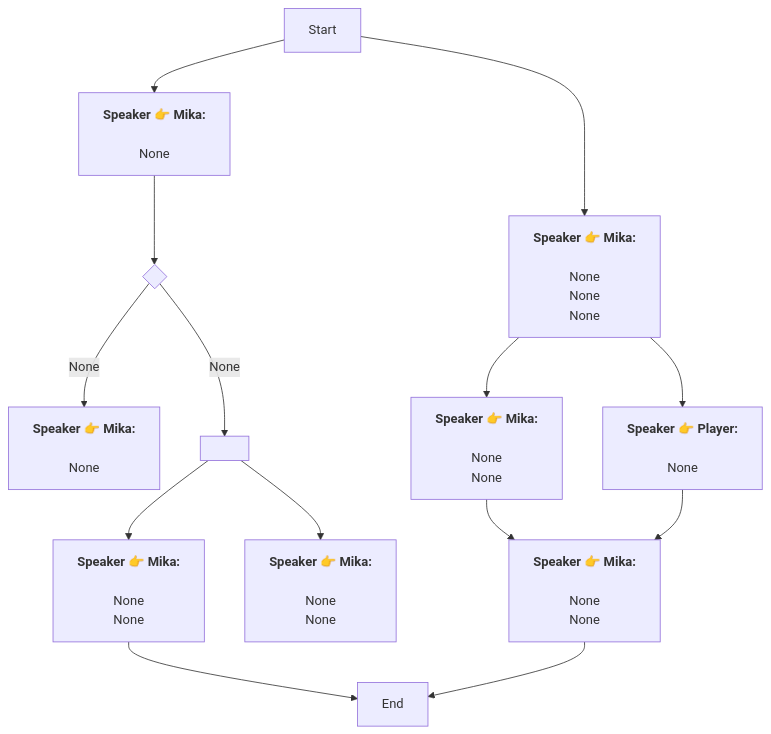
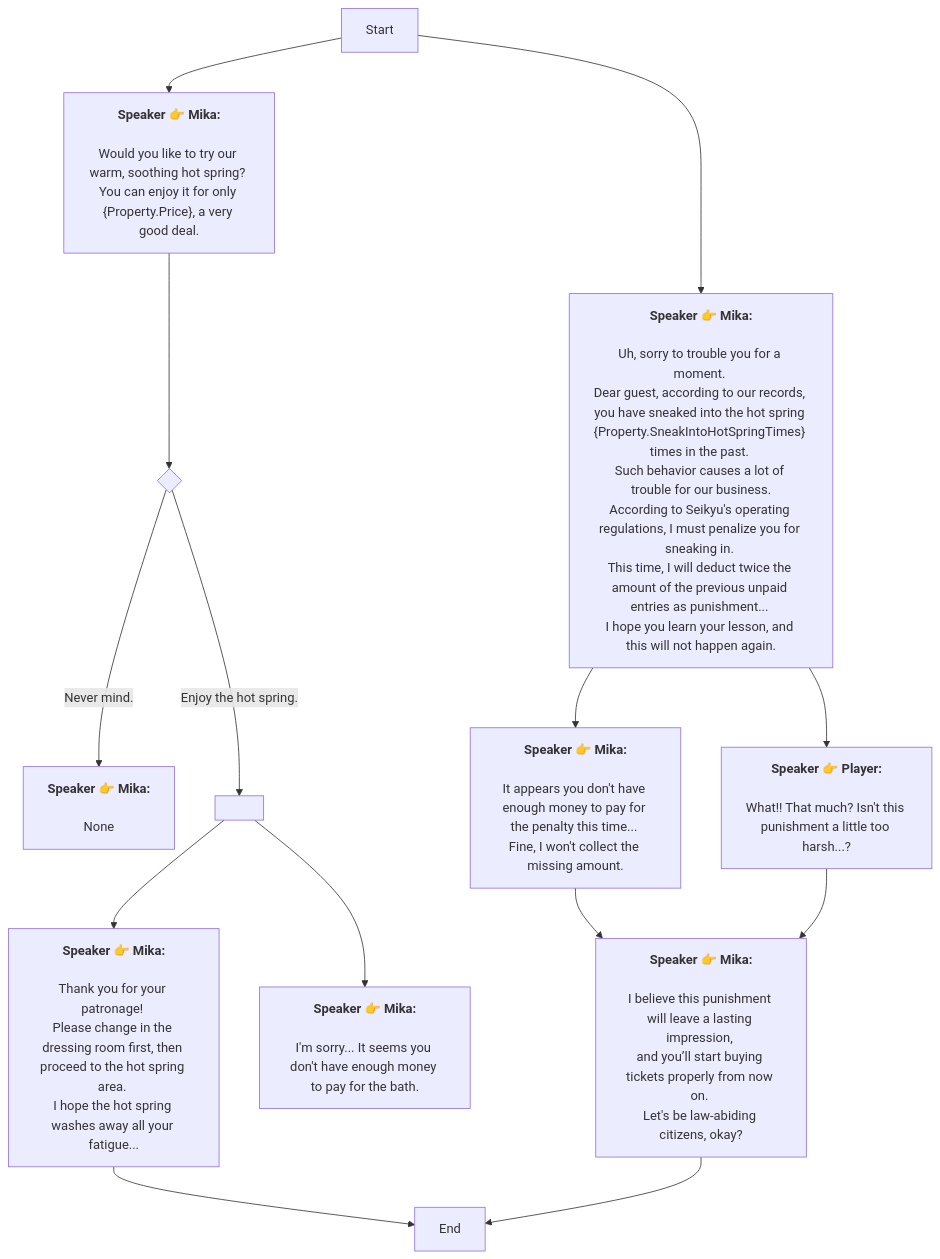
The diagram in En/HotSpringHouse.md (SoftHu/tos_avg), drawn with Mermaid before and after one commit. The commit also changed 228 other files, not shown here.

````diff
--- a/En/HotSpringHouse.md
+++ b/En/HotSpringHouse.md
@@ -1,42 +1,47 @@
 ```mermaid
 graph
 Start -->1766332311608065[<b>Speaker 👉 Mika:</b>
 
-None]
+Would you like to try our warm, soothing hot spring? You can enjoy it for only &lbrace;Property.Price&rbrace;, a very good deal.]
 Start -->1767303935431540[<b>Speaker 👉 Mika:</b>
 
-None
-None
-None]
+Uh, sorry to trouble you for a moment. 
+Dear guest, according to our records, you have sneaked into the hot spring &lbrace;Property.SneakIntoHotSpringTimes&rbrace; times in the past. 
+Such behavior causes a lot of trouble for our business.
+According to Seikyu's operating regulations, I must penalize you for sneaking in. 
+This time, I will deduct twice the amount of the previous unpaid entries as punishment... 
+I hope you learn your lesson, and this will not happen again.]
 1766332311608065 -->1766332424646402{ }
-1766332424646402 -->|None|1766332464329479[<b>Speaker 👉 Mika:</b>
+1766332424646402 -->|Never mind.|1766332464329479[<b>Speaker 👉 Mika:</b>
 
 None]
-1766332424646402 -->|None|1767448601822069[ ]
+1766332424646402 -->|Enjoy the hot spring.|1767448601822069[ ]
 1767448601822069 -->1766336570455822[<b>Speaker 👉 Mika:</b>
 
-None
-None]
+Thank you for your patronage! 
+Please change in the dressing room first, then proceed to the hot spring area. 
+I hope the hot spring washes away all your fatigue...]
 1767448601822069 -->1766336717079312[<b>Speaker 👉 Mika:</b>
 
-None
-None]
+I'm sorry... It seems you don't have enough money to pay for the bath.]
 1766336570455822 -->1766336935867153[End]
 1767303935431540 -->1767306465960822[<b>Speaker 👉 Mika:</b>
 
-None
-None]
+It appears you don't have enough money to pay for the penalty this time... 
+Fine, I won't collect the missing amount.]
 1767303935431540 -->1767306336520052[<b>Speaker 👉 Player:</b>
 
-None]
+What!! That much? Isn't this punishment a little too harsh...?]
 1767306465960822 -->1767306383012725[<b>Speaker 👉 Mika:</b>
 
-None
-None]
+I believe this punishment will leave a lasting impression, 
+and you’ll start buying tickets properly from now on. 
+Let's be law-abiding citizens, okay?]
 1767306383012725 -->1766336935867153[End]
 1767306336520052 -->1767306383012725[<b>Speaker 👉 Mika:</b>
 
-None
-None]
+I believe this punishment will leave a lasting impression, 
+and you’ll start buying tickets properly from now on. 
+Let's be law-abiding citizens, okay?]
 
  ```
````
